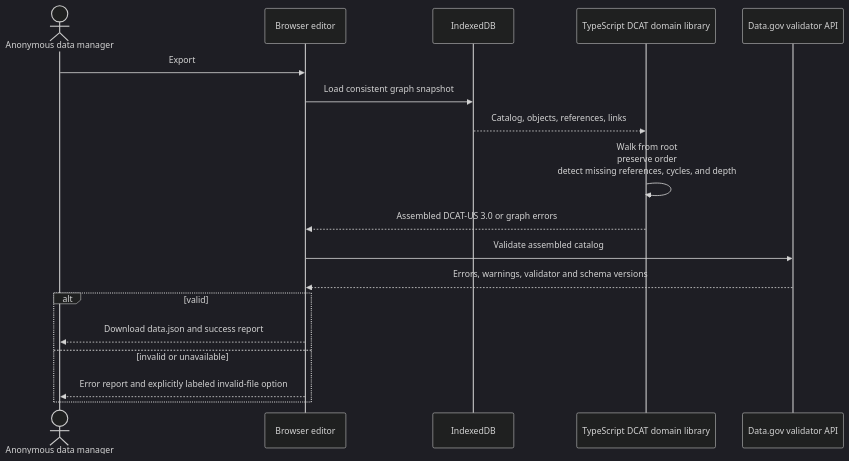
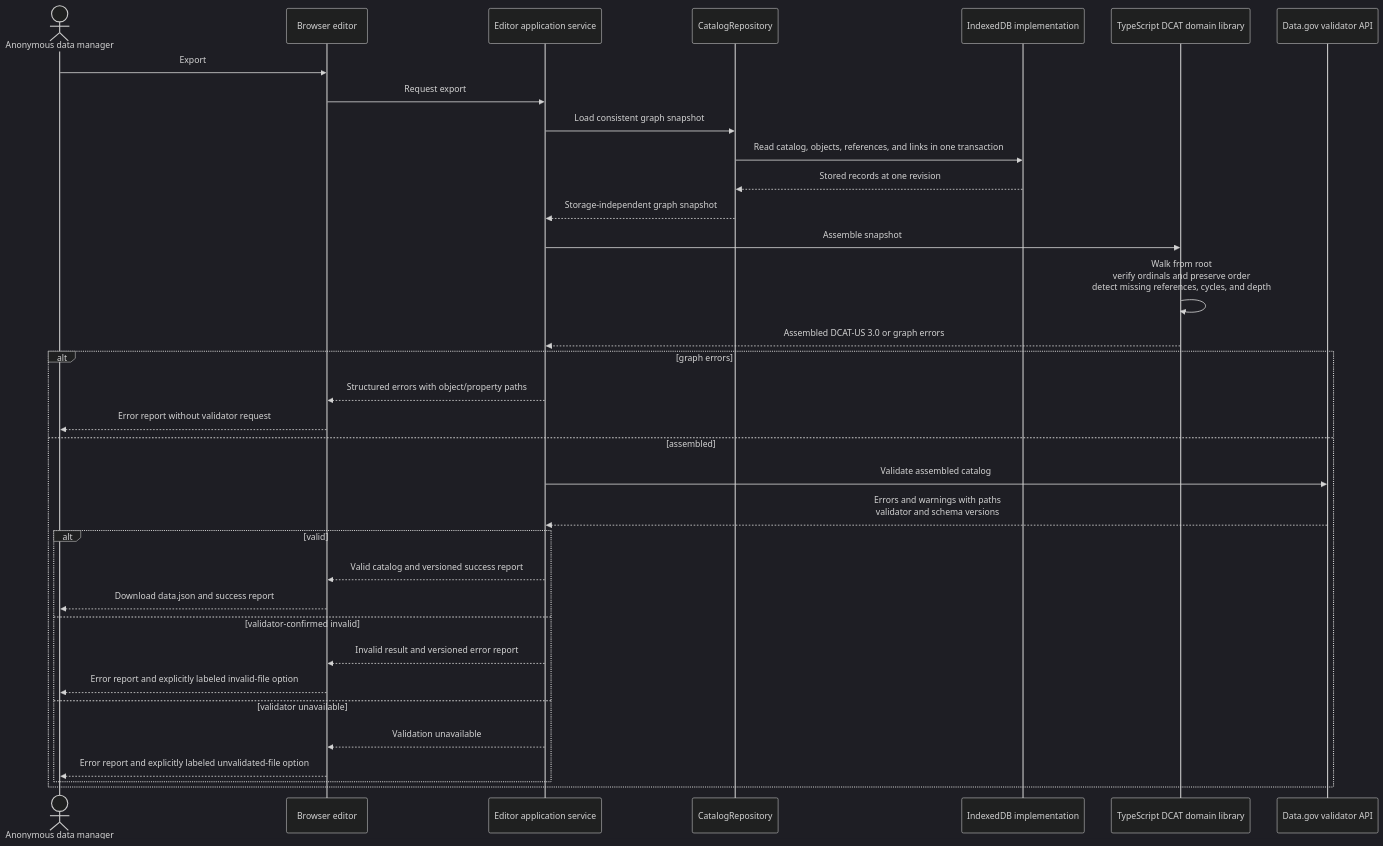
Before and after one commit to GSA/datagov-inventory: the fifth of 11 diagrams in docs/architecture.md, drawn with Mermaid (dark theme). The commit also changed other lines of this file and 3 other files, not shown here.

Commit message:
Shorten ADR, add details to architecture doc

````diff
--- a/docs/architecture.md
+++ b/docs/architecture.md
@@ -493,21 +581,37 @@
 ```mermaid
 sequenceDiagram
     actor U as Anonymous data manager
     participant UI as Browser editor
-    participant I as IndexedDB
+    participant A as Editor application service
+    participant R as CatalogRepository
+    participant I as IndexedDB implementation
     participant D as TypeScript DCAT domain library
     participant V as Data.gov validator API
 
     U->>UI: Export
-    UI->>I: Load consistent graph snapshot
-    I-->>D: Catalog, objects, references, links
-    D->>D: Walk from root<br/>preserve order<br/>detect missing references, cycles, and depth
-    D-->>UI: Assembled DCAT-US 3.0 or graph errors
-    UI->>V: Validate assembled catalog
-    V-->>UI: Errors, warnings, validator and schema versions
-    alt valid
-        UI-->>U: Download data.json and success report
-    else invalid or unavailable
-        UI-->>U: Error report and explicitly labeled invalid-file option
+    UI->>A: Request export
+    A->>R: Load consistent graph snapshot
+    R->>I: Read catalog, objects, references, and links in one transaction
+    I-->>R: Stored records at one revision
+    R-->>A: Storage-independent graph snapshot
+    A->>D: Assemble snapshot
+    D->>D: Walk from root<br/>verify ordinals and preserve order<br/>detect missing references, cycles, and depth
+    D-->>A: Assembled DCAT-US 3.0 or graph errors
+    alt graph errors
+        A-->>UI: Structured errors with object/property paths
+        UI-->>U: Error report without validator request
+    else assembled
+        A->>V: Validate assembled catalog
+        V-->>A: Errors and warnings with paths<br/>validator and schema versions
+        alt valid
+            A-->>UI: Valid catalog and versioned success report
+            UI-->>U: Download data.json and success report
+        else validator-confirmed invalid
+            A-->>UI: Invalid result and versioned error report
+            UI-->>U: Error report and explicitly labeled invalid-file option
+        else validator unavailable
+            A-->>UI: Validation unavailable
+            UI-->>U: Error report and explicitly labeled unvalidated-file option
+        end
     end
 ```
````
